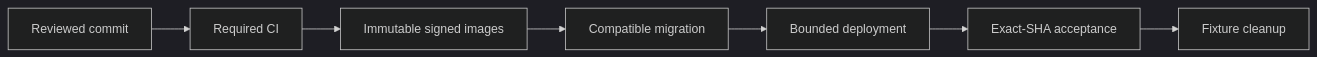
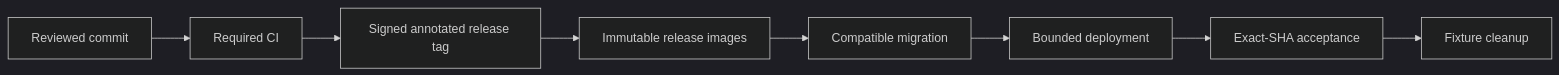
One commit to supercheck-io/supercheck changed the second of 2 diagrams in .agents/skills/sre-operations/SKILL.md. Above: the diagram before and after it, drawn with Mermaid (dark theme). The commit also changed other lines of this file and 8 other files, not shown here.

````diff
--- a/.agents/skills/sre-operations/SKILL.md
+++ b/.agents/skills/sre-operations/SKILL.md
@@ -64,9 +65,10 @@
 ```mermaid
 flowchart LR
   CODE[Reviewed commit] --> CI[Required CI]
-  CI --> IMAGE[Immutable signed images]
+  CI --> TAG[Signed annotated release tag]
+  TAG --> IMAGE[Immutable release images]
   IMAGE --> MIGRATE[Compatible migration]
   MIGRATE --> DEPLOY[Bounded deployment]
   DEPLOY --> ACCEPT[Exact-SHA acceptance]
   ACCEPT --> CLEAN[Fixture cleanup]
 ```
````
